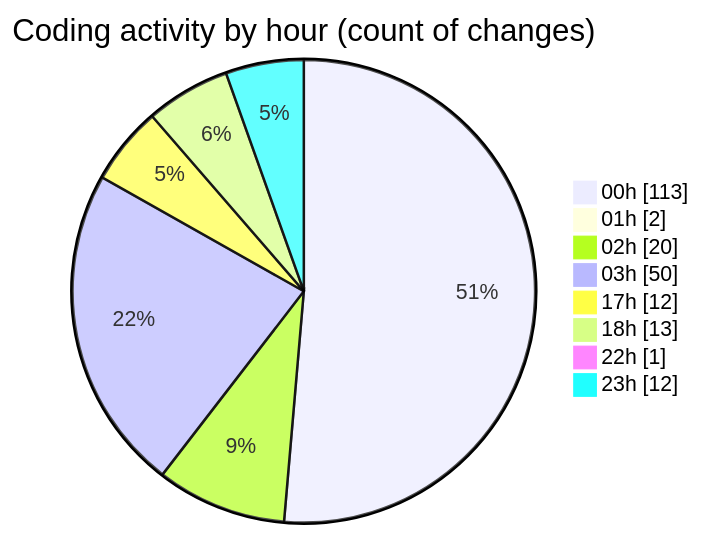
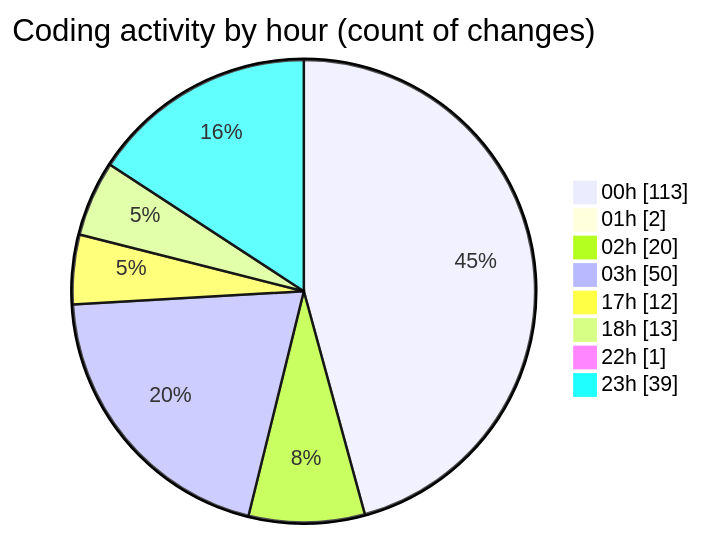
One commit to lephambinh05/code-tracking changed the second of 2 diagrams in 2025-08-06/napxuvn/README.md. Above: the diagram before and after it, drawn with Mermaid. The commit also changed other lines of this file and 1 other file, not shown here.

````diff
--- a/2025-08-06/napxuvn/README.md
+++ b/2025-08-06/napxuvn/README.md
@@ -136,12 +137,12 @@
 ```mermaid
 pie showData
 title Coding activity by hour (count of changes)
 "00h" : 113
 "01h" : 2
 "02h" : 20
 "03h" : 50
 "17h" : 12
 "18h" : 13
 "22h" : 1
-"23h" : 12
+"23h" : 39
 ```
````
